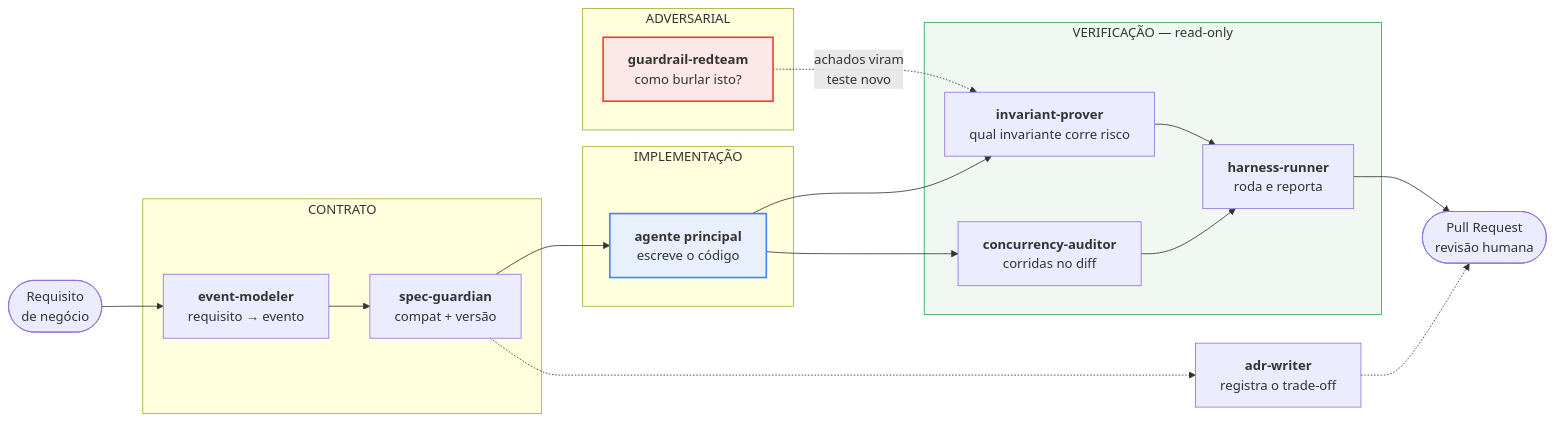
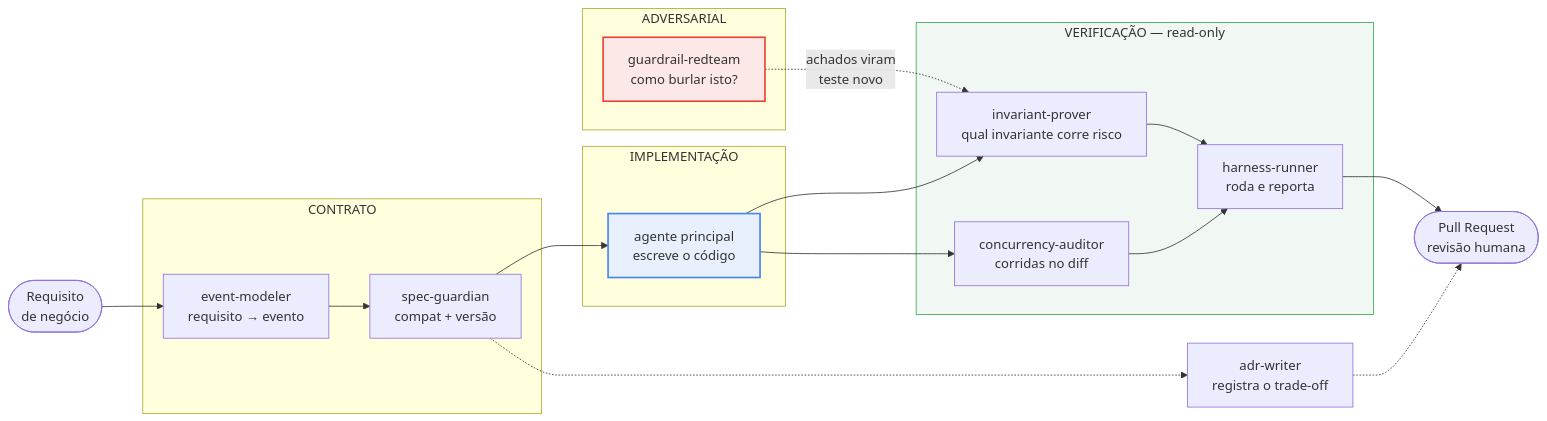
One commit to elysonromeiro/luizalabs-driver-sync-sdd changed the diagram in docs/07-repo-ai-native.md. Above: the diagram before and after it, drawn with Mermaid. The commit also changed 5 other files, not shown here.

````diff
--- a/docs/07-repo-ai-native.md
+++ b/docs/07-repo-ai-native.md
@@ -72,39 +72,39 @@
 ```mermaid
 flowchart LR
     req(["Requisito<br/>de negócio"])
 
     subgraph contrato["CONTRATO"]
-        modeler["<b>event-modeler</b><br/>requisito → evento"]
-        guardian["<b>spec-guardian</b><br/>compat + versão"]
+        modeler["event-modeler<br/>requisito → evento"]
+        guardian["spec-guardian<br/>compat + versão"]
     end
 
     subgraph impl["IMPLEMENTAÇÃO"]
-        code["<b>agente principal</b><br/>escreve o código"]
+        code["agente principal<br/>escreve o código"]
     end
 
     subgraph verif["VERIFICAÇÃO — read-only"]
-        prover["<b>invariant-prover</b><br/>qual invariante corre risco"]
-        auditor["<b>concurrency-auditor</b><br/>corridas no diff"]
-        runner["<b>harness-runner</b><br/>roda e reporta"]
+        prover["invariant-prover<br/>qual invariante corre risco"]
+        auditor["concurrency-auditor<br/>corridas no diff"]
+        runner["harness-runner<br/>roda e reporta"]
     end
 
     subgraph adv["ADVERSARIAL"]
-        red["<b>guardrail-redteam</b><br/>como burlar isto?"]
+        red["guardrail-redteam<br/>como burlar isto?"]
     end
 
-    adr["<b>adr-writer</b><br/>registra o trade-off"]
+    adr["adr-writer<br/>registra o trade-off"]
     pr(["Pull Request<br/>revisão humana"])
 
     req --> modeler --> guardian --> code
     code --> prover
     code --> auditor
     prover --> runner
     auditor --> runner
     runner --> pr
     guardian -.-> adr -.-> pr
     red -.->|"achados viram<br/>teste novo"| prover
 
     style code fill:#e8f0fe,stroke:#4285f4,stroke-width:2px
     style red fill:#fce8e6,stroke:#ea4335,stroke-width:2px
     style verif fill:#f1f8f4,stroke:#34a853
 ```
````
